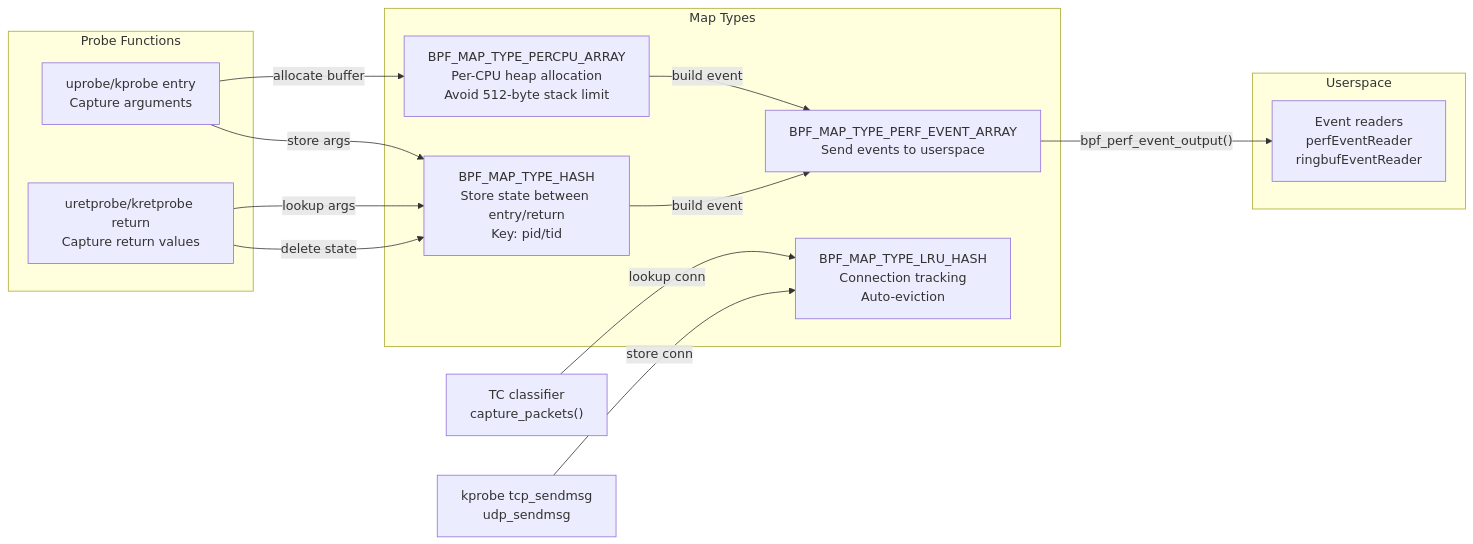
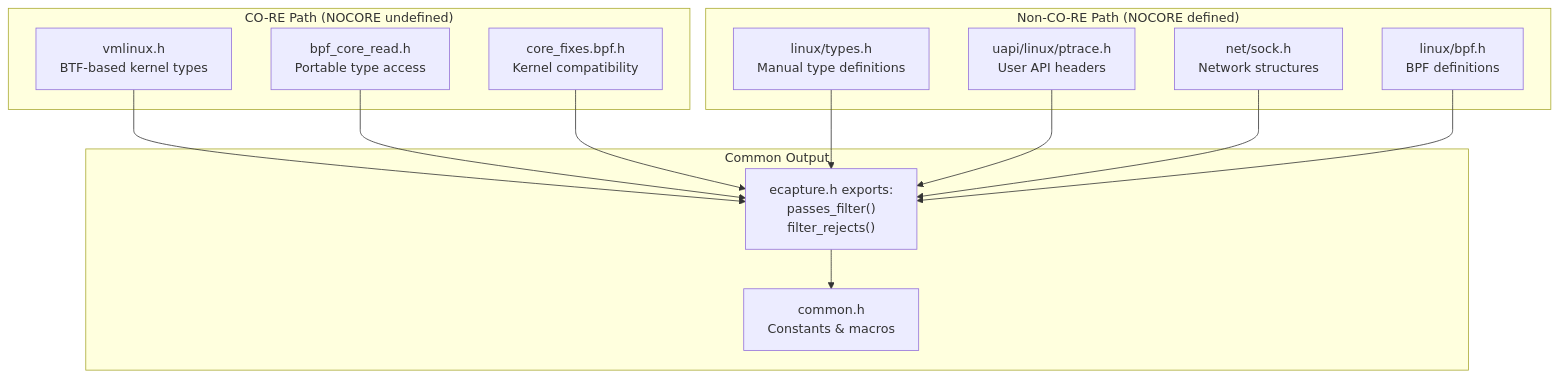
One commit to gojue/ecapture.cc changed the second of 7 diagrams in src/en/5-development-guide/5.2.1-ebpf-program-structure.md. Above: the diagram before and after it, drawn with Mermaid. The commit also changed other lines of this file and 115 other files, not shown here.

````diff
--- a/src/en/5-development-guide/5.2.1-ebpf-program-structure.md
+++ b/src/en/5-development-guide/5.2.1-ebpf-program-structure.md
@@ -130,29 +107,31 @@
 ```mermaid
-graph LR
-    subgraph "Probe Functions"
-        ENTRY["uprobe/kprobe entry<br/>Capture arguments"]
-        EXIT["uretprobe/kretprobe return<br/>Capture return values"]
+graph TB
+    subgraph "CO-RE Path (NOCORE undefined)"
+        VMLINUX["vmlinux.h<br/>BTF-based kernel types"]
+        BPF_CORE["bpf_core_read.h<br/>Portable type access"]
+        CORE_FIXES["core_fixes.bpf.h<br/>Kernel compatibility"]
     end
     
-    subgraph "Map Types"
-        PERF["BPF_MAP_TYPE_PERF_EVENT_ARRAY<br/>Send events to userspace"]
-        HASH["BPF_MAP_TYPE_HASH<br/>Store state between entry/return<br/>Key: pid/tid"]
-        PERCPU["BPF_MAP_TYPE_PERCPU_ARRAY<br/>Per-CPU heap allocation<br/>Avoid 512-byte stack limit"]
-        LRU["BPF_MAP_TYPE_LRU_HASH<br/>Connection tracking<br/>Auto-eviction"]
+    subgraph "Non-CO-RE Path (NOCORE defined)"
+        LINUX_TYPES["linux/types.h<br/>Manual type definitions"]
+        UAPI["uapi/linux/ptrace.h<br/>User API headers"]
+        NET_SOCK["net/sock.h<br/>Network structures"]
+        LINUX_BPF["linux/bpf.h<br/>BPF definitions"]
     end
     
-    subgraph "Userspace"
-        READER["Event readers<br/>perfEventReader<br/>ringbufEventReader"]
+    subgraph "Common Output"
+        ECAPTURE["ecapture.h exports:<br/>passes_filter()<br/>filter_rejects()"]
+        COMMON["common.h<br/>Constants & macros"]
     end
     
-    ENTRY -->|"store args"| HASH
-    ENTRY -->|"allocate buffer"| PERCPU
-    EXIT -->|"lookup args"| HASH
-    EXIT -->|"delete state"| HASH
-    PERCPU -->|"build event"| PERF
-    HASH -->|"build event"| PERF
-    PERF -->|"bpf_perf_event_output()"| READER
+    VMLINUX --> ECAPTURE
+    BPF_CORE --> ECAPTURE
+    CORE_FIXES --> ECAPTURE
     
-    TC["TC classifier<br/>capture_packets()"] -->|"lookup conn"| LRU
-    KPROBE["kprobe tcp_sendmsg<br/>udp_sendmsg"] -->|"store conn"| LRU
+    LINUX_TYPES --> ECAPTURE
+    UAPI --> ECAPTURE
+    NET_SOCK --> ECAPTURE
+    LINUX_BPF --> ECAPTURE
+    
+    ECAPTURE --> COMMON
 ```
````
